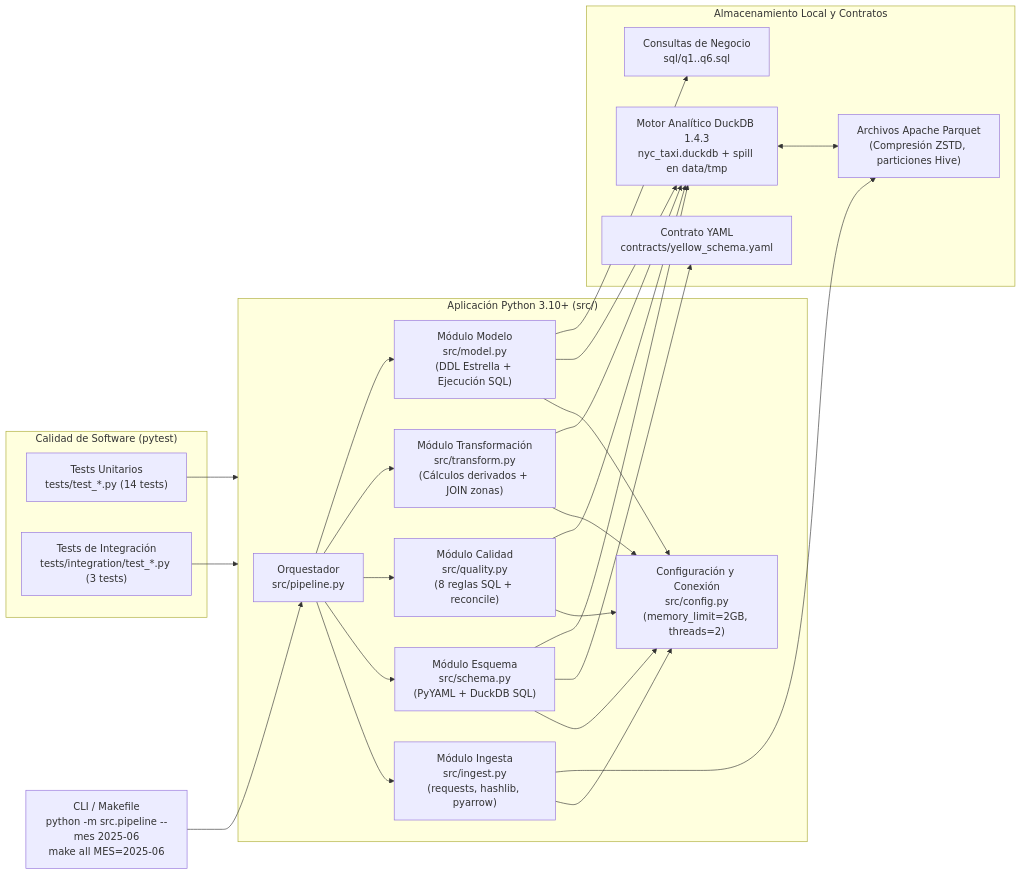
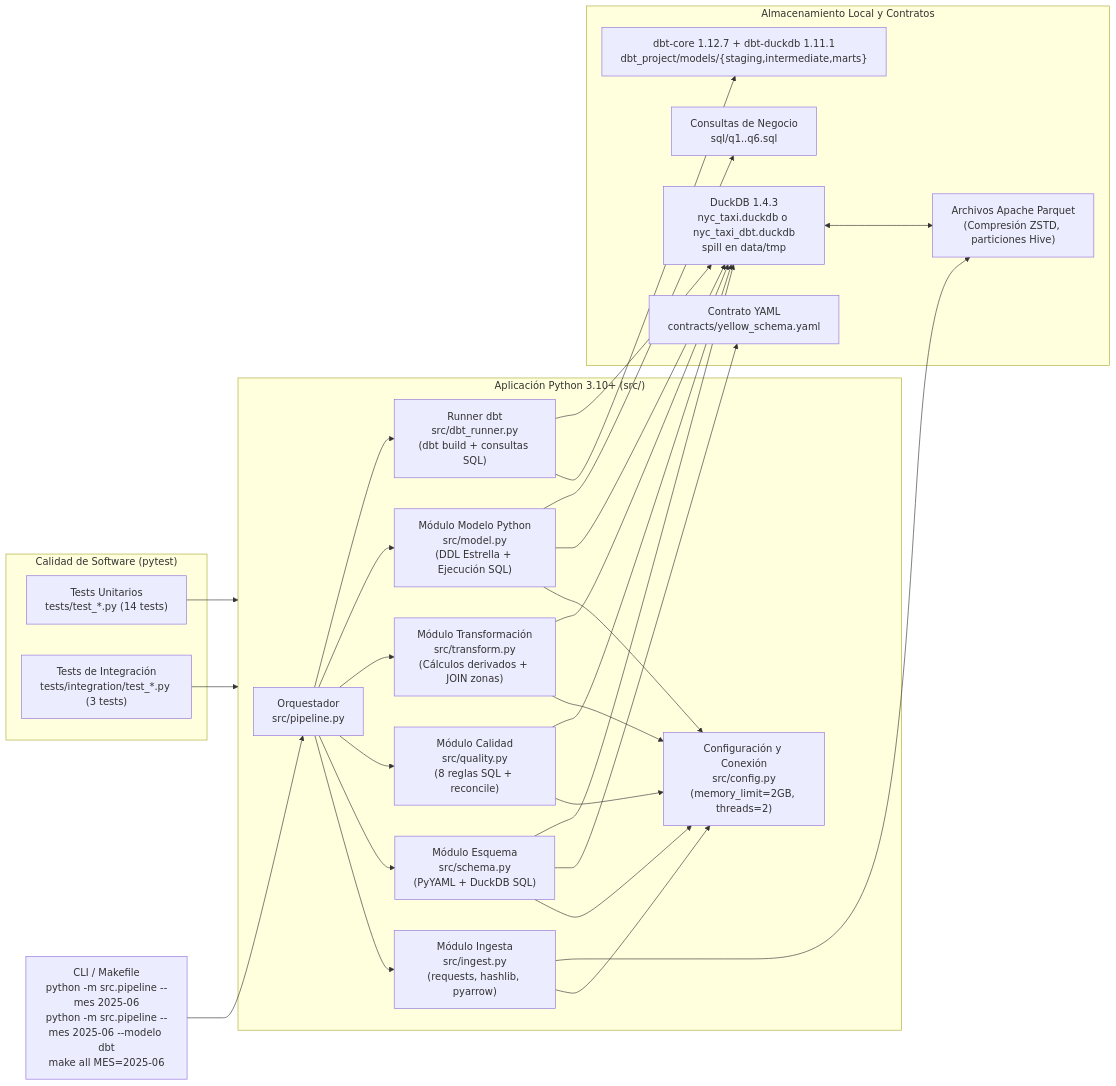
One commit to victormanuellibran/examen_Taxis changed the second of 3 diagrams in README.md. Above: the diagram before and after it, drawn with Mermaid. The commit also changed other lines of this file and 2 other files, not shown here.

Commit message:
docs: document integrated dbt architecture

````diff
--- a/README.md
+++ b/README.md
@@ -142,48 +150,53 @@
 ```mermaid
 flowchart LR
-    CLI["CLI / Makefile\npython -m src.pipeline --mes 2025-06\nmake all MES=2025-06"]
+    CLI["CLI / Makefile\npython -m src.pipeline --mes 2025-06\npython -m src.pipeline --mes 2025-06 --modelo dbt\nmake all MES=2025-06"]
 
     subgraph PY["Aplicación Python 3.10+ (src/)"]
         PIPE["Orquestador\nsrc/pipeline.py"]
         CFG["Configuración y Conexión\nsrc/config.py\n(memory_limit=2GB, threads=2)"]
         ING["Módulo Ingesta\nsrc/ingest.py\n(requests, hashlib, pyarrow)"]
         SCH["Módulo Esquema\nsrc/schema.py\n(PyYAML + DuckDB SQL)"]
         QUA["Módulo Calidad\nsrc/quality.py\n(8 reglas SQL + reconcile)"]
         TRN["Módulo Transformación\nsrc/transform.py\n(Cálculos derivados + JOIN zonas)"]
-        MOD["Módulo Modelo\nsrc/model.py\n(DDL Estrella + Ejecución SQL)"]
+        MOD["Módulo Modelo Python\nsrc/model.py\n(DDL Estrella + Ejecución SQL)"]
+        DBTR["Runner dbt\nsrc/dbt_runner.py\n(dbt build + consultas SQL)"]
     end
 
     subgraph STORAGE["Almacenamiento Local y Contratos"]
         CONT["Contrato YAML\ncontracts/yellow_schema.yaml"]
         PARQ["Archivos Apache Parquet\n(Compresión ZSTD, particiones Hive)"]
-        DUCK["Motor Analítico DuckDB 1.4.3\nnyc_taxi.duckdb + spill en data/tmp"]
+        DUCK["DuckDB 1.4.3\nnyc_taxi.duckdb o nyc_taxi_dbt.duckdb\nspill en data/tmp"]
+        DBTP["dbt-core 1.12.7 + dbt-duckdb 1.11.1\ndbt_project/models/{staging,intermediate,marts}"]
         SQL["Consultas de Negocio\nsql/q1..q6.sql"]
     end
 
     subgraph QA["Calidad de Software (pytest)"]
         UT["Tests Unitarios\ntests/test_*.py (14 tests)"]
         IT["Tests de Integración\ntests/integration/test_*.py (3 tests)"]
     end
 
     CLI --> PIPE
     PIPE --> ING
     PIPE --> SCH
     PIPE --> QUA
     PIPE --> TRN
     PIPE --> MOD
+    PIPE --> DBTR
     ING --> CFG
     SCH --> CFG
     QUA --> CFG
     TRN --> CFG
     MOD --> CFG
+    DBTR --> DBTP
     SCH --> CONT
     ING --> PARQ
     SCH --> DUCK
     QUA --> DUCK
     TRN --> DUCK
     MOD --> DUCK
+    DBTR --> DUCK
     DUCK <--> PARQ
     MOD --> SQL
     UT --> PY
     IT --> PY
 ```
````
